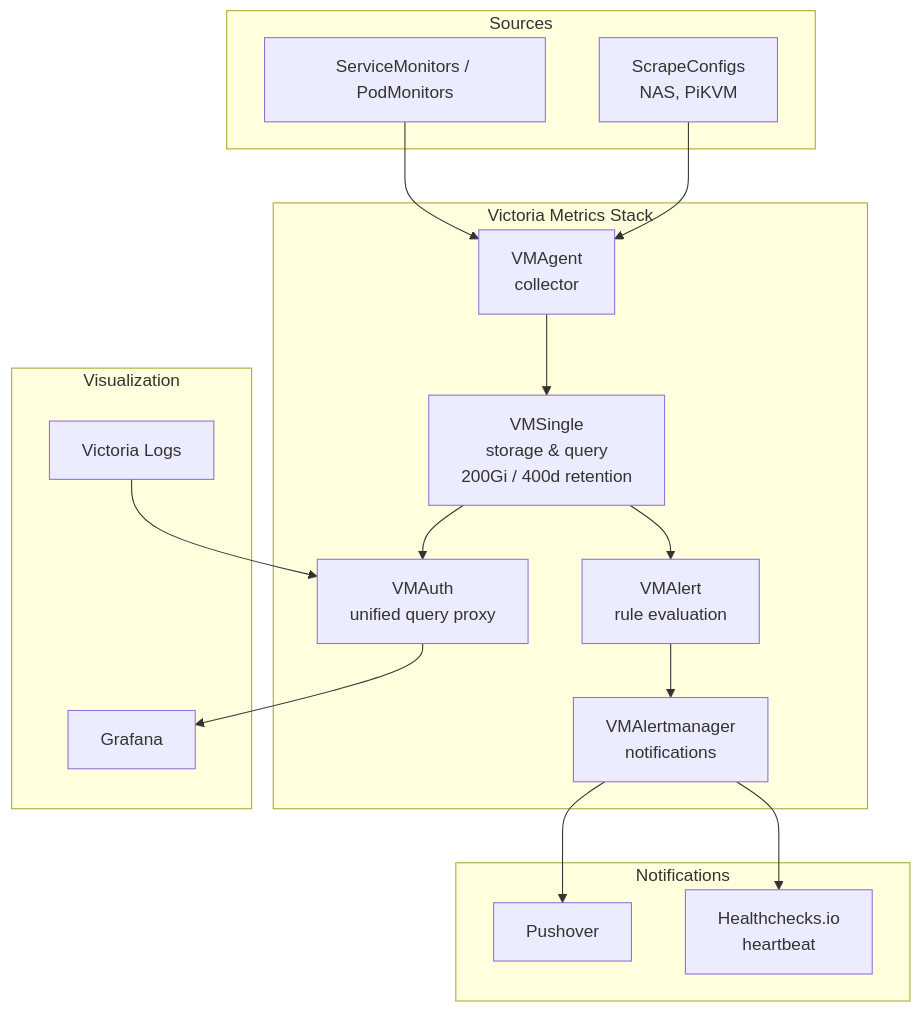
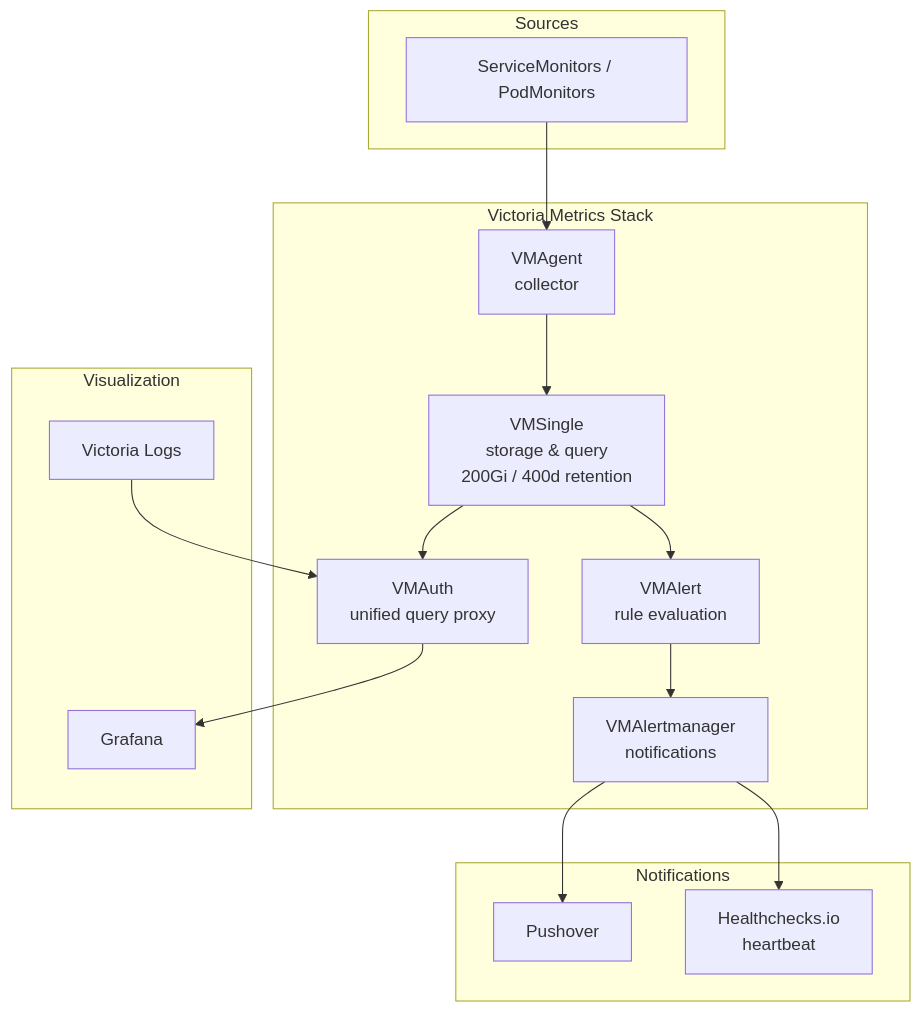
One commit to equinoxel/home-ops changed the diagram in kubernetes/apps/observability/victoria-metrics/README.md. Above: the diagram before and after it, drawn with Mermaid. The commit also changed other lines of this file and 2 other files, not shown here.

````diff
--- a/kubernetes/apps/observability/victoria-metrics/README.md
+++ b/kubernetes/apps/observability/victoria-metrics/README.md
@@ -11,36 +11,34 @@
 ```mermaid
 graph TD
     subgraph Sources
         SM[ServiceMonitors / PodMonitors]
-        SC[ScrapeConfigs<br/>NAS, PiKVM]
     end
 
     subgraph Victoria Metrics Stack
         VMA[VMAgent<br/>collector]
         VMS[VMSingle<br/>storage & query<br/>200Gi / 400d retention]
         VMAL[VMAlert<br/>rule evaluation]
         VMAM[VMAlertmanager<br/>notifications]
         VMAUTH[VMAuth<br/>unified query proxy]
     end
 
     subgraph Notifications
         PO[Pushover]
         HB[Healthchecks.io<br/>heartbeat]
     end
 
     subgraph Visualization
         GF[Grafana]
         VL[Victoria Logs]
     end
 
     SM --> VMA
-    SC --> VMA
     VMA --> VMS
     VMS --> VMAL
     VMAL --> VMAM
     VMAM --> PO
     VMAM --> HB
     VMS --> VMAUTH
     VL --> VMAUTH
     VMAUTH --> GF
 ```
````
